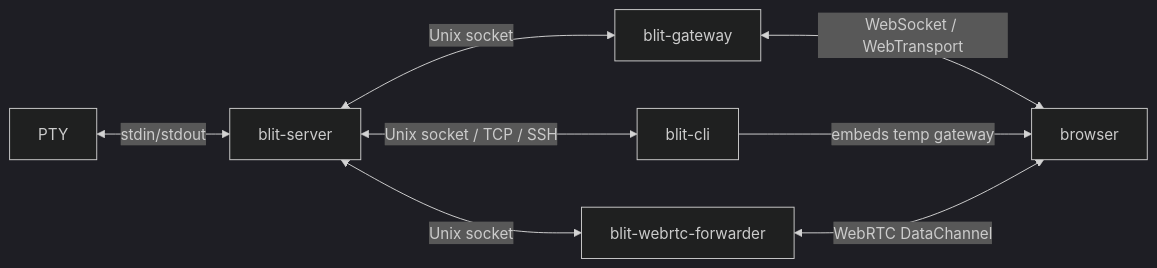
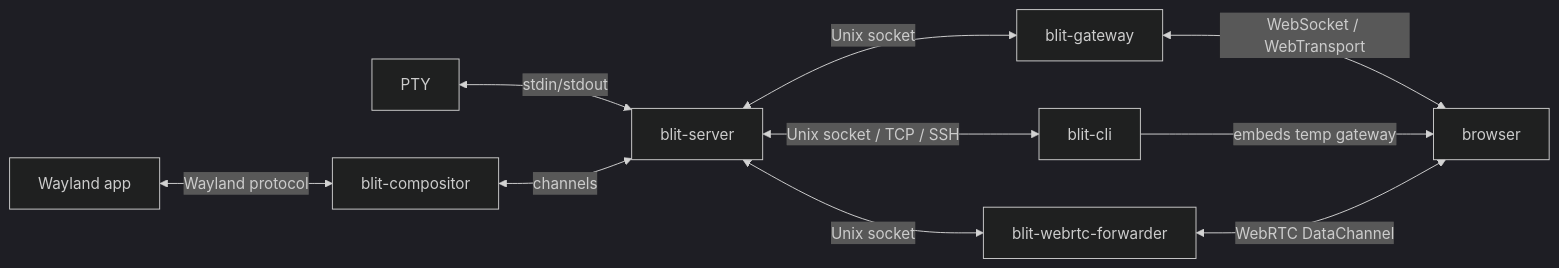
The first of 3 diagrams in ARCHITECTURE.md (indent-com/blit), drawn with Mermaid (dark theme) before and after one commit. The commit also changed other lines of this file and 154 other files, not shown here.

````diff
--- a/ARCHITECTURE.md
+++ b/ARCHITECTURE.md
@@ -9,10 +9,12 @@
 ```mermaid
 graph LR
     PTY <-->|stdin/stdout| S[blit-server]
+    W[Wayland app] <-->|Wayland protocol| COMP[blit-compositor]
+    COMP <-->|channels| S
     S <-->|Unix socket| G[blit-gateway]
     G <-->|WebSocket / WebTransport| B[browser]
     S <-->|Unix socket / TCP / SSH| C[blit-cli]
     C -->|embeds temp gateway| B
     S <-->|Unix socket| F[blit-webrtc-forwarder]
     F <-->|WebRTC DataChannel| B
 ```
````
